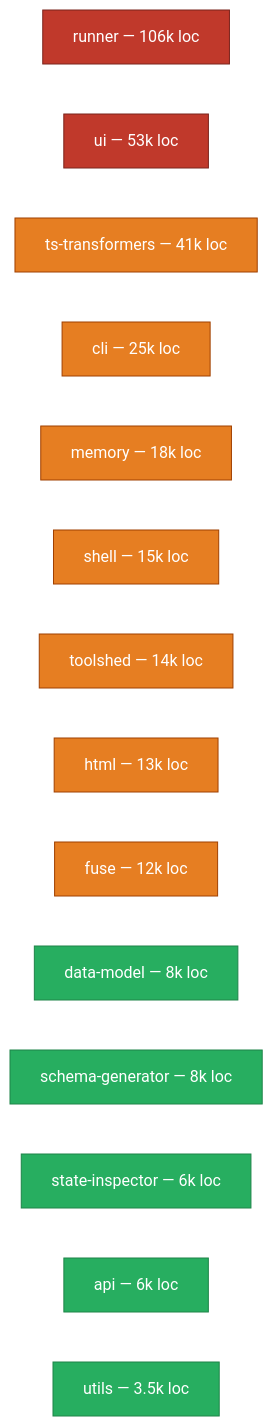
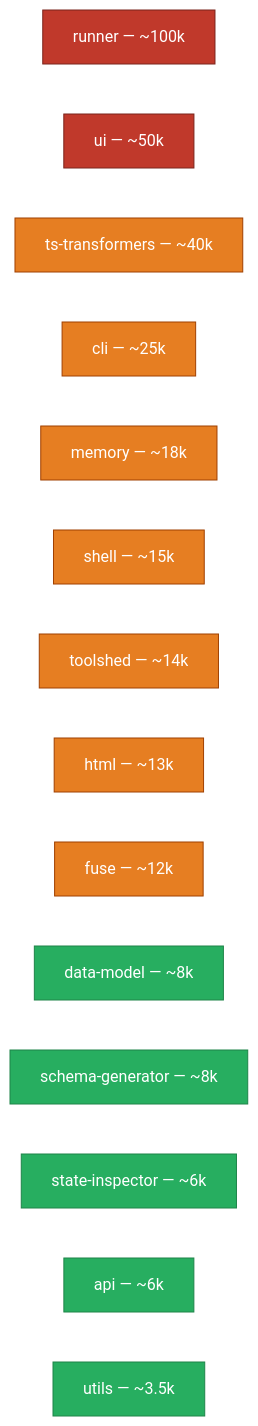
One commit to commontoolsinc/labs changed the second of 4 diagrams in docs/development/orientation/README.md. Above: the diagram before and after it, drawn with Mermaid. The commit also changed other lines of this file and 8 other files, not shown here.

````diff
--- a/docs/development/orientation/README.md
+++ b/docs/development/orientation/README.md
@@ -137,21 +137,21 @@
 ```mermaid
 %%{init: {'theme':'neutral'}}%%
 graph LR
     classDef big fill:#c0392b,stroke:#7b241c,color:#fff
     classDef mid fill:#e67e22,stroke:#a04000,color:#fff
     classDef small fill:#27ae60,stroke:#1e8449,color:#fff
-    R["runner — 106k loc"]:::big
-    U["ui — 53k loc"]:::big
-    T["ts-transformers — 41k loc"]:::mid
-    C["cli — 25k loc"]:::mid
-    M["memory — 18k loc"]:::mid
-    SH["shell — 15k loc"]:::mid
-    TS["toolshed — 14k loc"]:::mid
-    H["html — 13k loc"]:::mid
-    F["fuse — 12k loc"]:::mid
-    DM["data-model — 8k loc"]:::small
-    SG["schema-generator — 8k loc"]:::small
-    SI["state-inspector — 6k loc"]:::small
-    API["api — 6k loc"]:::small
-    UT["utils — 3.5k loc"]:::small
+    R["runner — ~100k"]:::big
+    U["ui — ~50k"]:::big
+    T["ts-transformers — ~40k"]:::mid
+    C["cli — ~25k"]:::mid
+    M["memory — ~18k"]:::mid
+    SH["shell — ~15k"]:::mid
+    TS["toolshed — ~14k"]:::mid
+    H["html — ~13k"]:::mid
+    F["fuse — ~12k"]:::mid
+    DM["data-model — ~8k"]:::small
+    SG["schema-generator — ~8k"]:::small
+    SI["state-inspector — ~6k"]:::small
+    API["api — ~6k"]:::small
+    UT["utils — ~3.5k"]:::small
 ```
````
